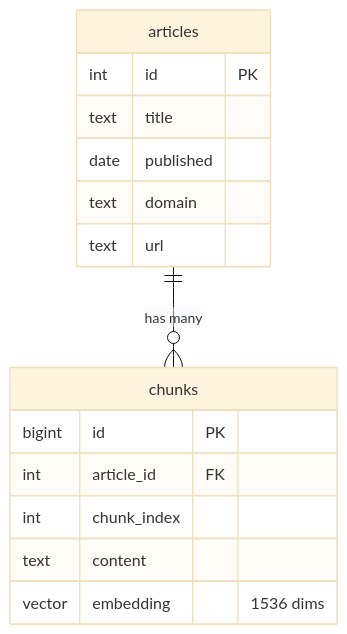
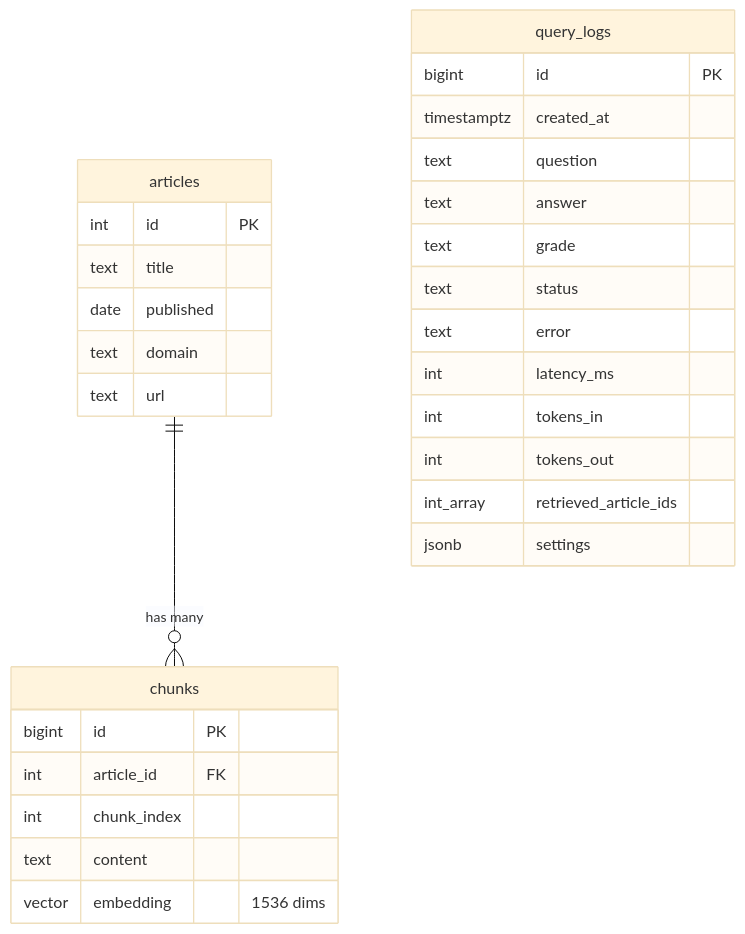
One commit to TheHydrator/cleantech-rag changed the diagram in README.md. Above: the diagram before and after it, drawn with Mermaid (base theme). The commit also changed other lines of this file, not shown here.

Commit message:
README: document grader, API, query logging, monitoring, CI

````diff
--- a/README.md
+++ b/README.md
@@ -39,18 +67,32 @@
 ```mermaid
 erDiagram
     articles ||--o{ chunks : "has many"
     articles {
         int id PK
         text title
         date published
         text domain
         text url
     }
     chunks {
         bigint id PK
         int article_id FK
         int chunk_index
         text content
         vector embedding "1536 dims"
     }
+    query_logs {
+        bigint id PK
+        timestamptz created_at
+        text question
+        text answer
+        text grade
+        text status
+        text error
+        int latency_ms
+        int tokens_in
+        int tokens_out
+        int_array retrieved_article_ids
+        jsonb settings
+    }
 ```
````
